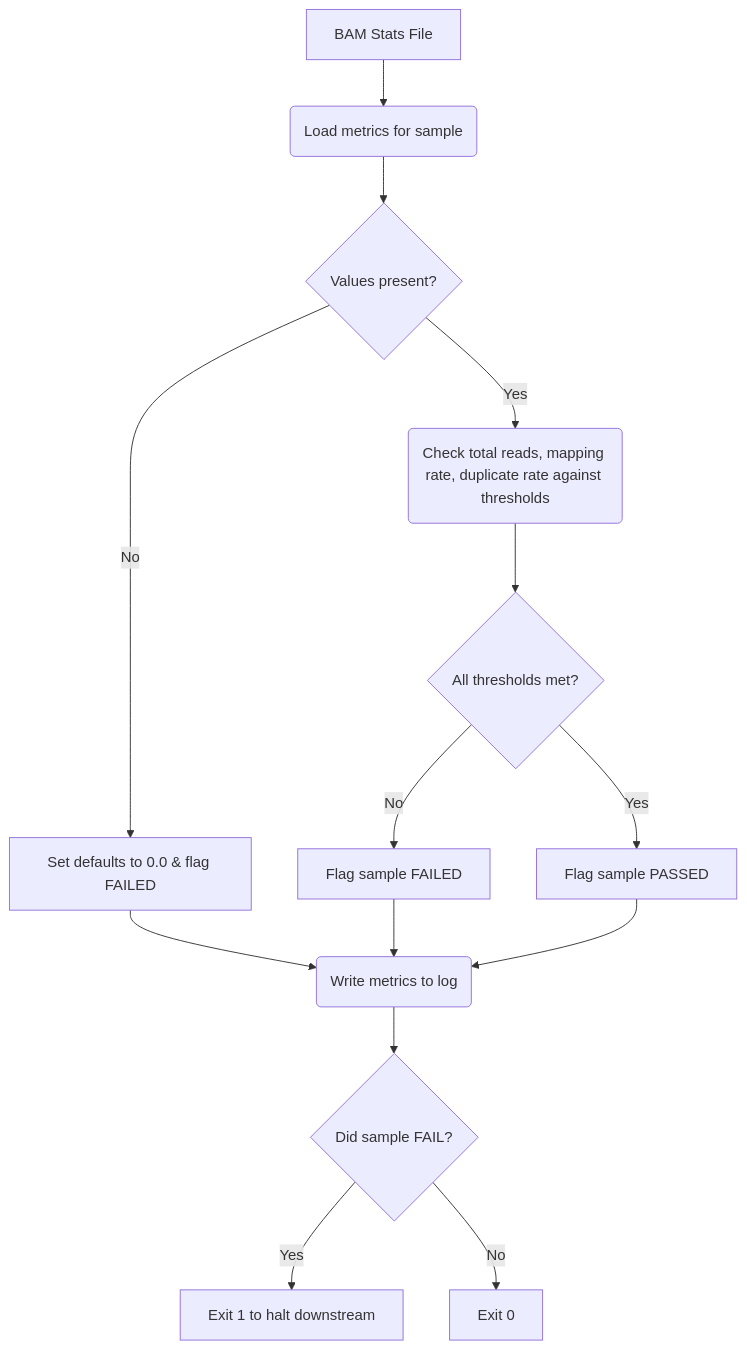
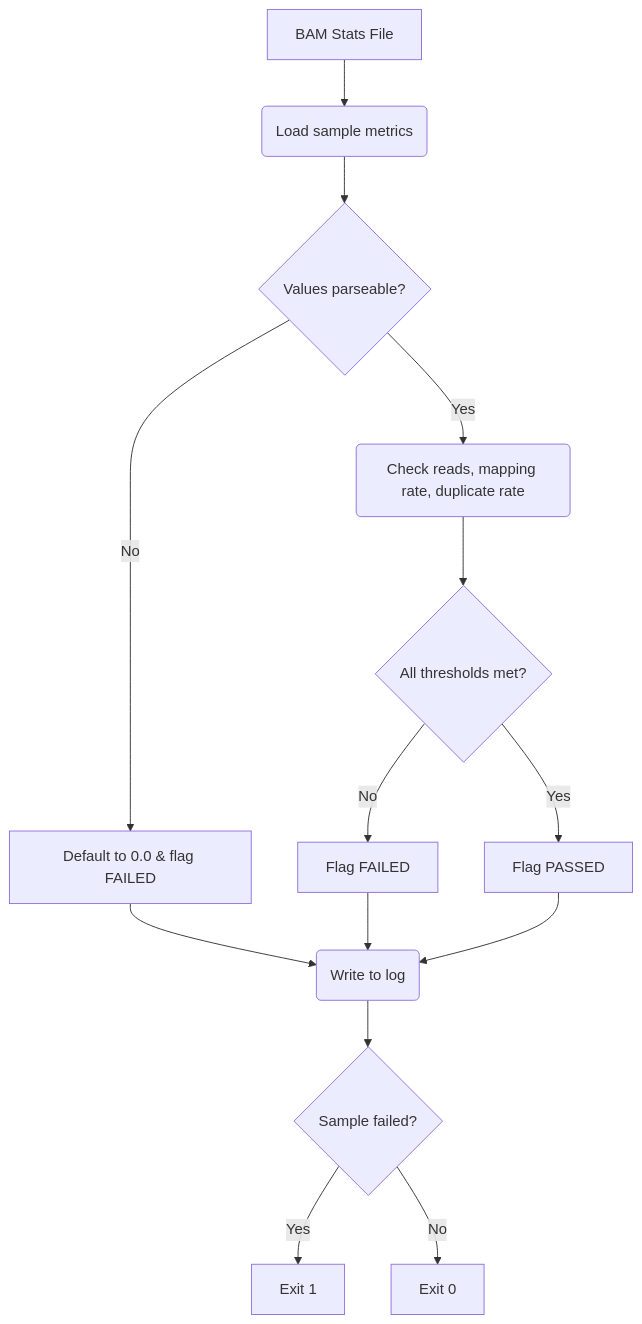
One commit to BDB-Genomics/bdb-rnaseq changed the third of 7 diagrams in rules/scripts/README.md. Above: the diagram before and after it, drawn with Mermaid. The commit also changed other lines of this file, not shown here.

````diff
--- a/rules/scripts/README.md
+++ b/rules/scripts/README.md
@@ -92,16 +86,16 @@
 ```mermaid
 graph TD
-    A[BAM Stats File] --> B(Load metrics for sample)
-    B --> C{Values present?}
-    C -- No --> D[Set defaults to 0.0 & flag FAILED]
-    C -- Yes --> E(Check total reads, mapping rate, duplicate rate against thresholds)
+    A[BAM Stats File] --> B(Load sample metrics)
+    B --> C{Values parseable?}
+    C -- No --> D[Default to 0.0 & flag FAILED]
+    C -- Yes --> E(Check reads, mapping rate, duplicate rate)
     E --> F{All thresholds met?}
-    F -- No --> G[Flag sample FAILED]
-    F -- Yes --> H[Flag sample PASSED]
-    D --> I(Write metrics to log)
+    F -- No --> G[Flag FAILED]
+    F -- Yes --> H[Flag PASSED]
+    D --> I(Write to log)
     G --> I
     H --> I
-    I --> J{Did sample FAIL?}
-    J -- Yes --> K[Exit 1 to halt downstream]
+    I --> J{Sample failed?}
+    J -- Yes --> K[Exit 1]
     J -- No --> L[Exit 0]
 ```
````
